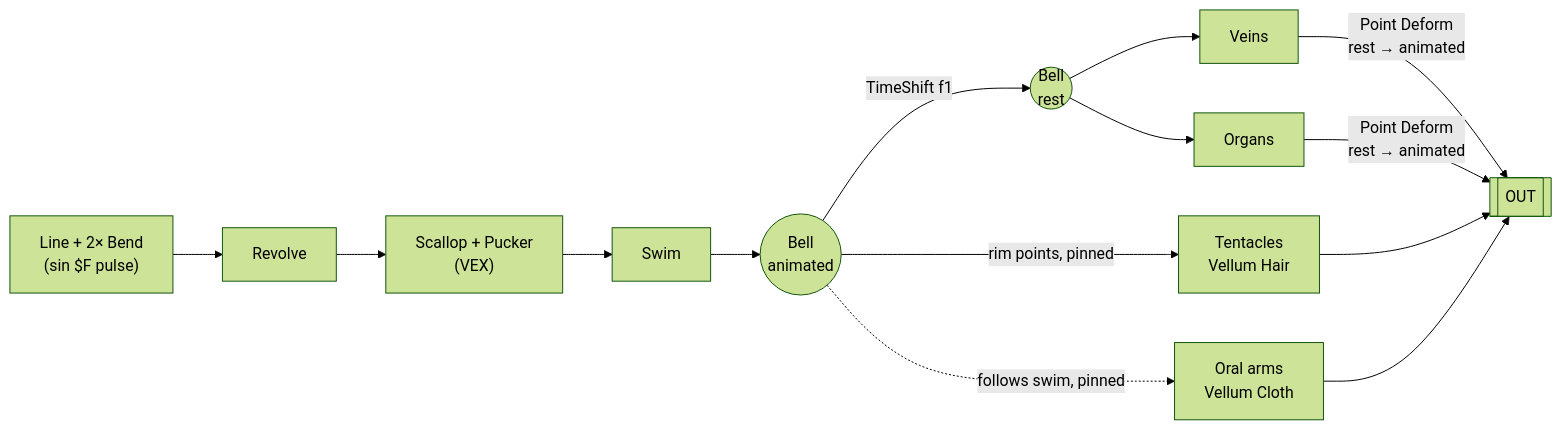
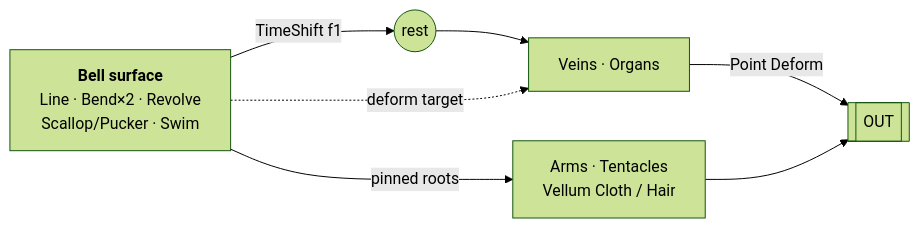
One commit to Ronan83/hw03-jellyfish changed the diagram in README.md. Above: the diagram before and after it, drawn with Mermaid (forest theme).

Commit message:
Simplify README pipeline diagram

````diff
--- a/README.md
+++ b/README.md
@@ -9,9 +9,7 @@
 ```mermaid
 flowchart LR
-    A["Line + 2× Bend<br/>(sin $F pulse)"] --> B[Revolve] --> C["Scallop + Pucker<br/>(VEX)"] --> D[Swim] --> ANIM(("Bell<br/>animated"))
-    ANIM -- "TimeShift f1" --> REST(("Bell<br/>rest"))
-    REST --> V["Veins"] & O["Organs"]
-    V & O -- "Point Deform<br/>rest → animated" --> OUT[[OUT]]
-    ANIM -- "rim points, pinned" --> T["Tentacles<br/>Vellum Hair"] --> OUT
-    ANIM -. "follows swim, pinned" .-> R["Oral arms<br/>Vellum Cloth"] --> OUT
+    BELL["<b>Bell surface</b><br/>Line · Bend×2 · Revolve<br/>Scallop/Pucker · Swim"] -- "TimeShift f1" --> REST(("rest"))
+    REST --> VO["Veins · Organs"] -- "Point Deform" --> OUT[["OUT"]]
+    BELL -. "deform target" .-> VO
+    BELL -- "pinned roots" --> SIM["Arms · Tentacles<br/>Vellum Cloth / Hair"] --> OUT
 ```
````
